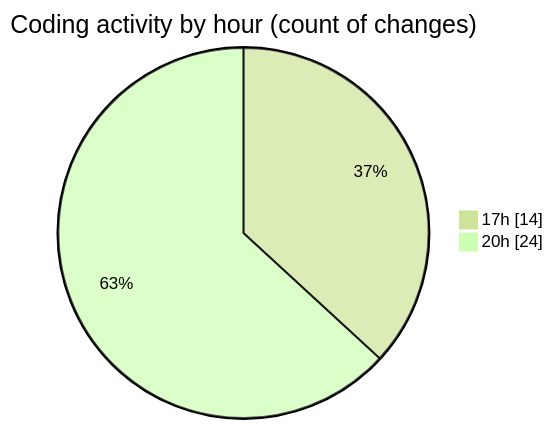
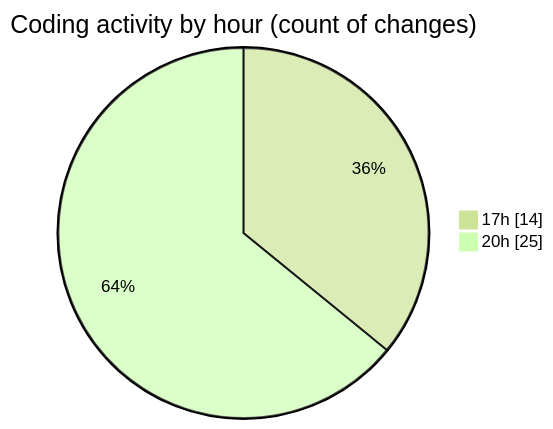
One commit to charlie-sans/code-tracking changed the second of 2 diagrams in 2025-03-11/jmasm/README.md. Above: the diagram before and after it, drawn with Mermaid (forest theme). The commit also changed other lines of this file and 1 other file, not shown here.

````diff
--- a/2025-03-11/jmasm/README.md
+++ b/2025-03-11/jmasm/README.md
@@ -37,6 +37,6 @@
 ```mermaid
 pie showData
 title Coding activity by hour (count of changes)
 "17h" : 14
-"20h" : 24
+"20h" : 25
 ```
````
